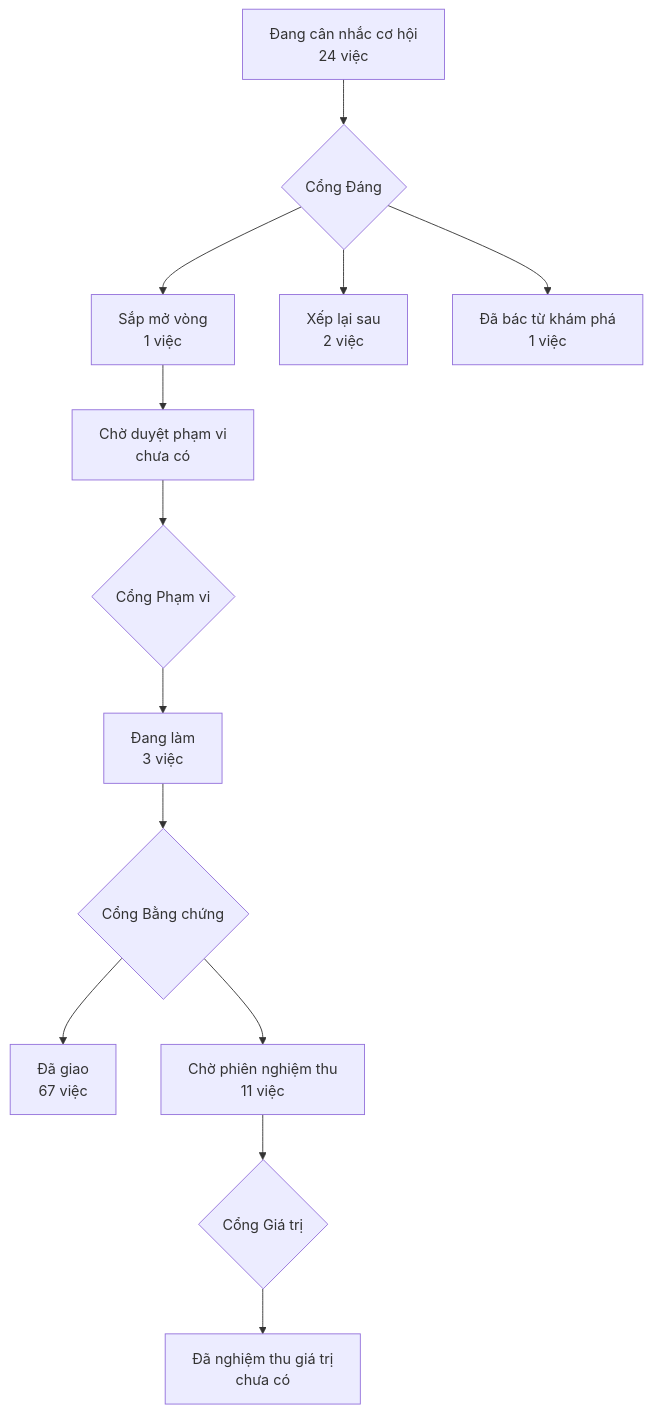
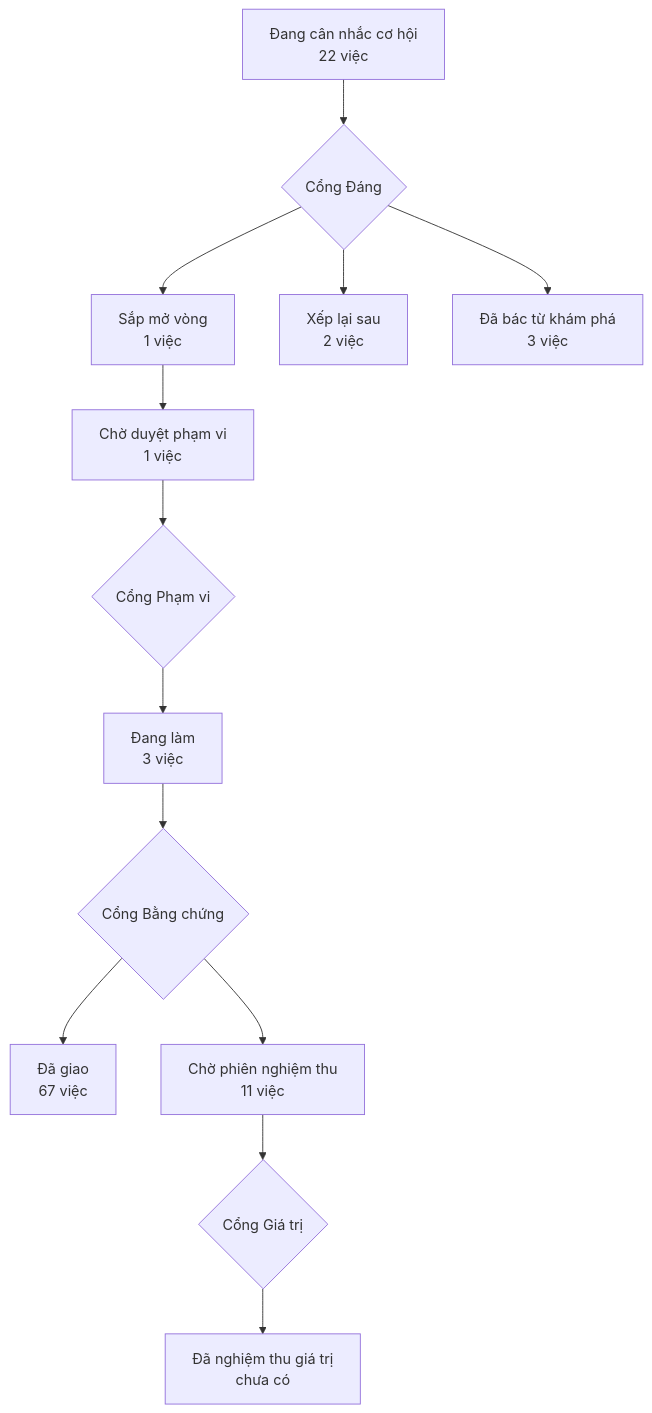
Before and after one commit to phanlemanh/acceptance-gate-kit: the diagram in PRODUCT-MAP.md, drawn with Mermaid. The commit also changed other lines of this file and 21 other files, not shown here.

First line of the commit message:
acceptance(duong-lui-phai-song): S1 — ô Cổng Đáng (owner «Thực hiện hết» 08/09) + design + hợp đồng T3 12 AC + evals + sổ + gap-probe (1 P0 · 3 P1 · 1 P2, sửa artifact) + 4 hình Cổng Phạm vi

````diff
--- a/PRODUCT-MAP.md
+++ b/PRODUCT-MAP.md
@@ -6,12 +6,12 @@
 ```mermaid
 flowchart TD
-  A["Đang cân nhắc cơ hội<br/>24 việc"] --> GD{"Cổng Đáng"}
+  A["Đang cân nhắc cơ hội<br/>22 việc"] --> GD{"Cổng Đáng"}
   GD --> B["Sắp mở vòng<br/>1 việc"]
   GD --> XL["Xếp lại sau<br/>2 việc"]
-  GD --> DB["Đã bác từ khám phá<br/>1 việc"]
-  B --> CD["Chờ duyệt phạm vi<br/>chưa có"] --> GP{"Cổng Phạm vi"}
+  GD --> DB["Đã bác từ khám phá<br/>3 việc"]
+  B --> CD["Chờ duyệt phạm vi<br/>1 việc"] --> GP{"Cổng Phạm vi"}
   GP --> DL["Đang làm<br/>3 việc"] --> GB{"Cổng Bằng chứng"}
   GB --> DG["Đã giao<br/>67 việc"]
   GB --> CN["Chờ phiên nghiệm thu<br/>11 việc"] --> GG{"Cổng Giá trị"}
   GG --> NT["Đã nghiệm thu giá trị<br/>chưa có"]
 ```
````
